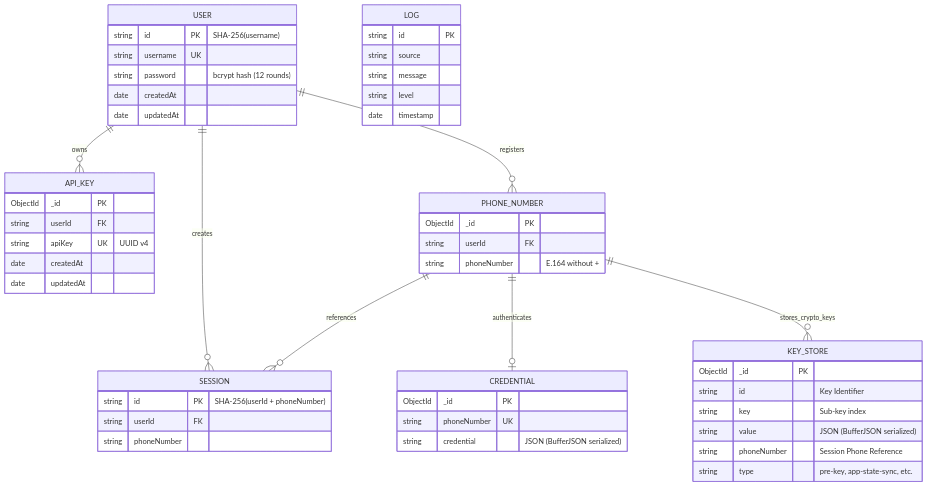
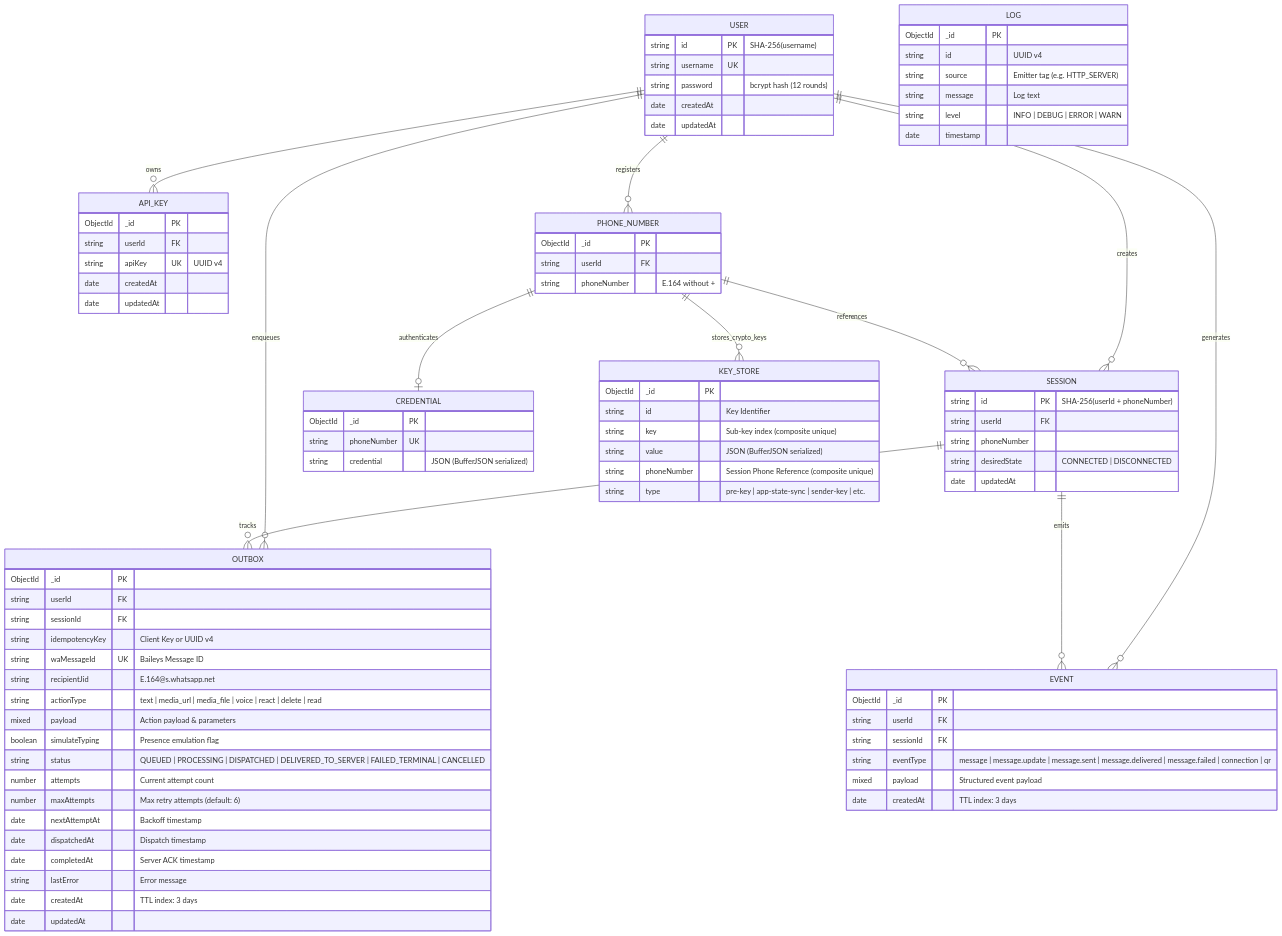
The diagram in docs/data-models.md (xml300/whatsapp-server), drawn with Mermaid before and after one commit. The commit also changed other lines of this file and 5 other files, not shown here.

Commit message:
docs: update architecture, api spec, data models, deployment guide, and openapi spec for actor & outbox engine

````diff
--- a/docs/data-models.md
+++ b/docs/data-models.md
@@ -11,16 +11,13 @@
     USER ||--o{ API_KEY : owns
     USER ||--o{ PHONE_NUMBER : registers
     USER ||--o{ SESSION : creates
+    USER ||--o{ OUTBOX : enqueues
+    USER ||--o{ EVENT : generates
     PHONE_NUMBER ||--o{ SESSION : references
     PHONE_NUMBER ||--o| CREDENTIAL : authenticates
     PHONE_NUMBER ||--o{ KEY_STORE : stores_crypto_keys
-    LOG {
-        string id PK
-        string source
-        string message
-        string level
-        date timestamp
-    }
+    SESSION ||--o{ OUTBOX : tracks
+    SESSION ||--o{ EVENT : emits
 
     USER {
         string id PK "SHA-256(username)"
@@ -48,6 +45,38 @@
         string id PK "SHA-256(userId + phoneNumber)"
         string userId FK
         string phoneNumber
+        string desiredState "CONNECTED | DISCONNECTED"
+        date updatedAt
+    }
+
+    OUTBOX {
+        ObjectId _id PK
+        string userId FK
+        string sessionId FK
+        string idempotencyKey "Client Key or UUID v4"
+        string waMessageId UK "Baileys Message ID"
+        string recipientJid "E.164@s.whatsapp.net"
+        string actionType "text | media_url | media_file | voice | react | delete | read"
+        mixed payload "Action payload & parameters"
+        boolean simulateTyping "Presence emulation flag"
+        string status "QUEUED | PROCESSING | DISPATCHED | DELIVERED_TO_SERVER | FAILED_TERMINAL | CANCELLED"
+        number attempts "Current attempt count"
+        number maxAttempts "Max retry attempts (default: 6)"
+        date nextAttemptAt "Backoff timestamp"
+        date dispatchedAt "Dispatch timestamp"
+        date completedAt "Server ACK timestamp"
+        string lastError "Error message"
+        date createdAt "TTL index: 3 days"
+        date updatedAt
+    }
+
+    EVENT {
+        ObjectId _id PK
+        string userId FK
+        string sessionId FK
+        string eventType "message | message.update | message.sent | message.delivered | message.failed | connection | qr"
+        mixed payload "Structured event payload"
+        date createdAt "TTL index: 3 days"
     }
 
     CREDENTIAL {
@@ -59,9 +88,18 @@
     KEY_STORE {
         ObjectId _id PK
         string id "Key Identifier"
-        string key "Sub-key index"
+        string key "Sub-key index (composite unique)"
         string value "JSON (BufferJSON serialized)"
-        string phoneNumber "Session Phone Reference"
-        string type "pre-key, app-state-sync, etc."
+        string phoneNumber "Session Phone Reference (composite unique)"
+        string type "pre-key | app-state-sync | sender-key | etc."
+    }
+
+    LOG {
+        ObjectId _id PK
+        string id "UUID v4"
+        string source "Emitter tag (e.g. HTTP_SERVER)"
+        string message "Log text"
+        string level "INFO | DEBUG | ERROR | WARN"
+        date timestamp
     }
 ```
````
